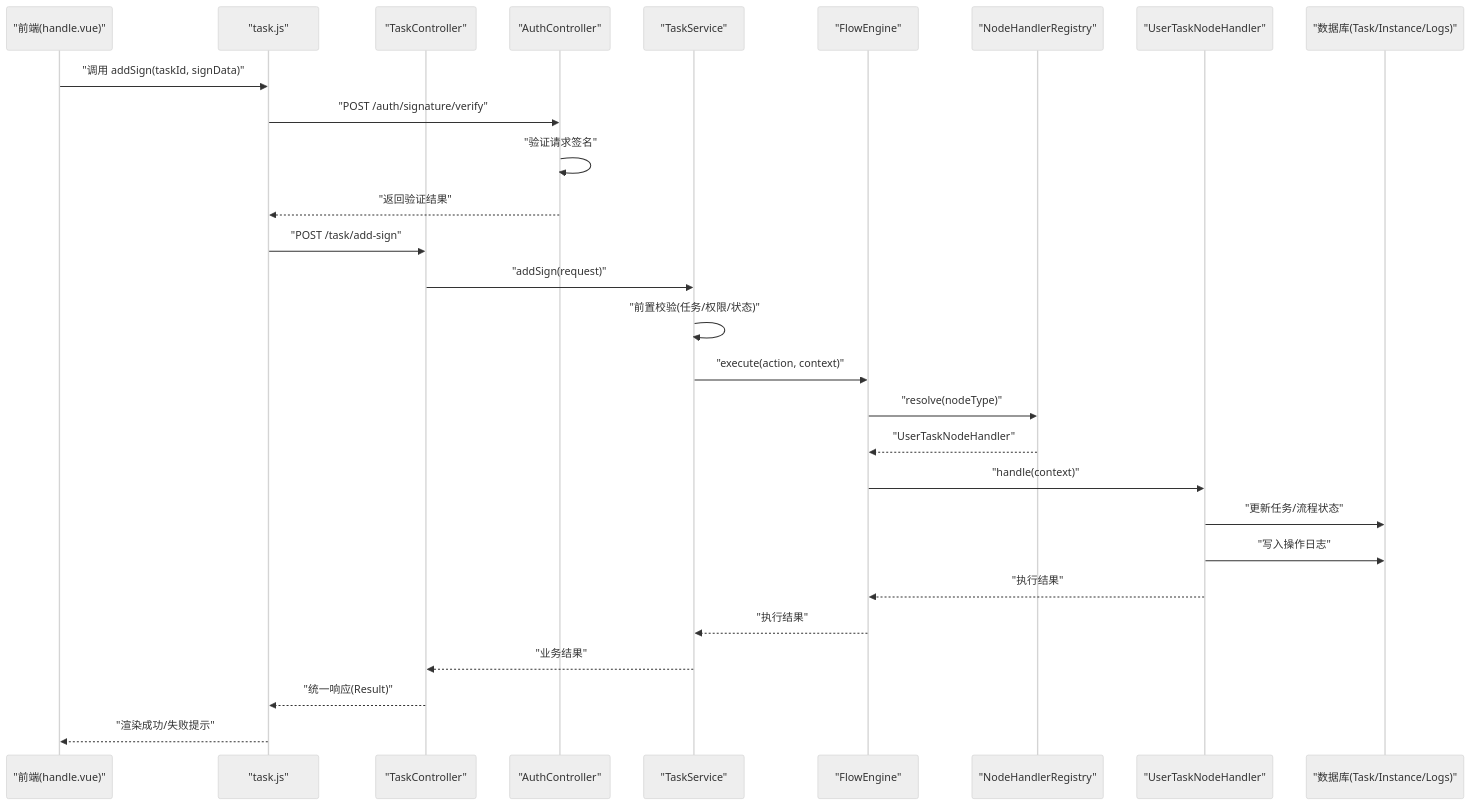
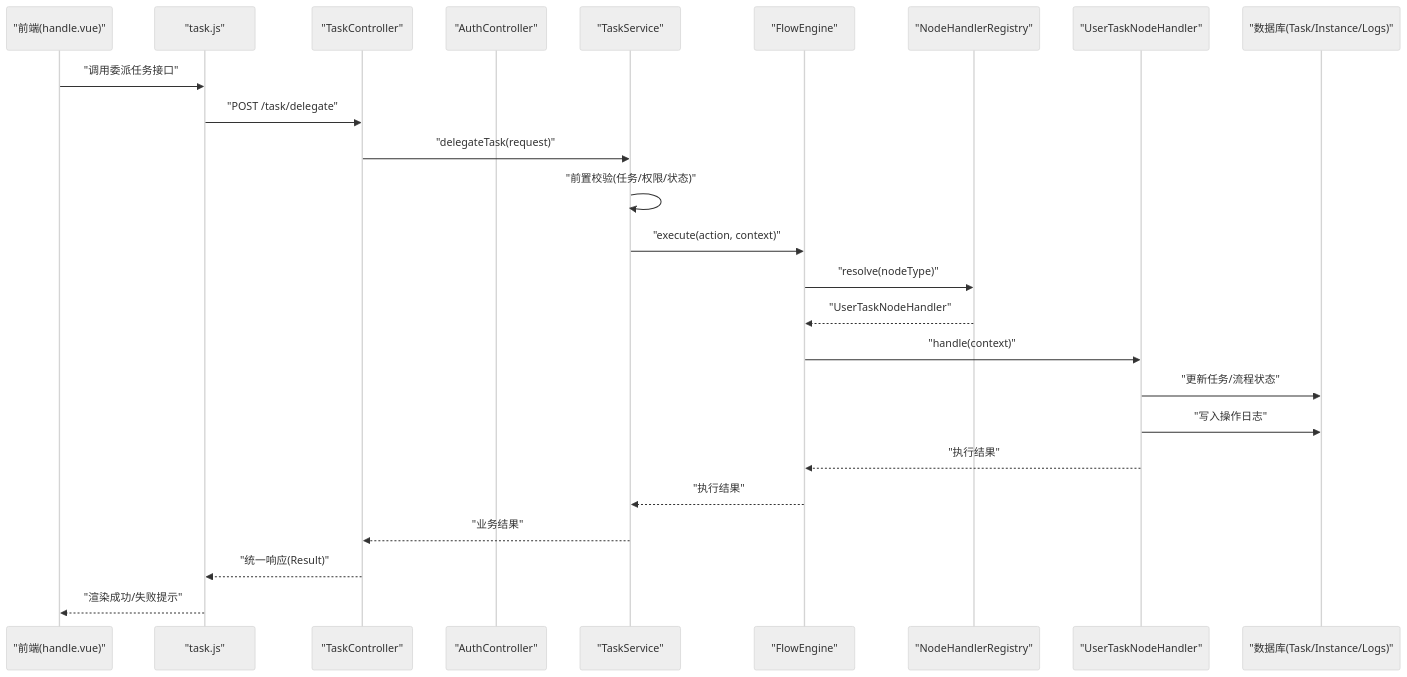
The second of 11 diagrams in .qoder/repowiki/zh/content/任务管理/任务操作处理/任务操作处理.md (liming-lihaini/workflow), drawn with Mermaid (neutral theme) before and after one commit. The commit also changed other lines of this file and 27 other files, not shown here.

````diff
--- a/.qoder/repowiki/zh/content/任务管理/任务操作处理/任务操作处理.md
+++ b/.qoder/repowiki/zh/content/任务管理/任务操作处理/任务操作处理.md
@@ -193,30 +190,27 @@
 ```mermaid
 sequenceDiagram
 participant UI as "前端(handle.vue)"
 participant Api as "task.js"
 participant Ctrl as "TaskController"
 participant Auth as "AuthController"
 participant Svc as "TaskService"
 participant Eng as "FlowEngine"
 participant Reg as "NodeHandlerRegistry"
 participant Handler as "UserTaskNodeHandler"
 participant DB as "数据库(Task/Instance/Logs)"
-UI->>Api : "调用 addSign(taskId, signData)"
-Api->>Auth : "POST /auth/signature/verify"
-Auth->>Auth : "验证请求签名"
-Auth-->>Api : "返回验证结果"
-Api->>Ctrl : "POST /task/add-sign"
-Ctrl->>Svc : "addSign(request)"
+UI->>Api : "调用委派任务接口"
+Api->>Ctrl : "POST /task/delegate"
+Ctrl->>Svc : "delegateTask(request)"
 Svc->>Svc : "前置校验(任务/权限/状态)"
 Svc->>Eng : "execute(action, context)"
 Eng->>Reg : "resolve(nodeType)"
 Reg-->>Eng : "UserTaskNodeHandler"
 Eng->>Handler : "handle(context)"
 Handler->>DB : "更新任务/流程状态"
 Handler->>DB : "写入操作日志"
 Handler-->>Eng : "执行结果"
 Eng-->>Svc : "执行结果"
 Svc-->>Ctrl : "业务结果"
 Ctrl-->>Api : "统一响应(Result)"
 Api-->>UI : "渲染成功/失败提示"
 ```
````
